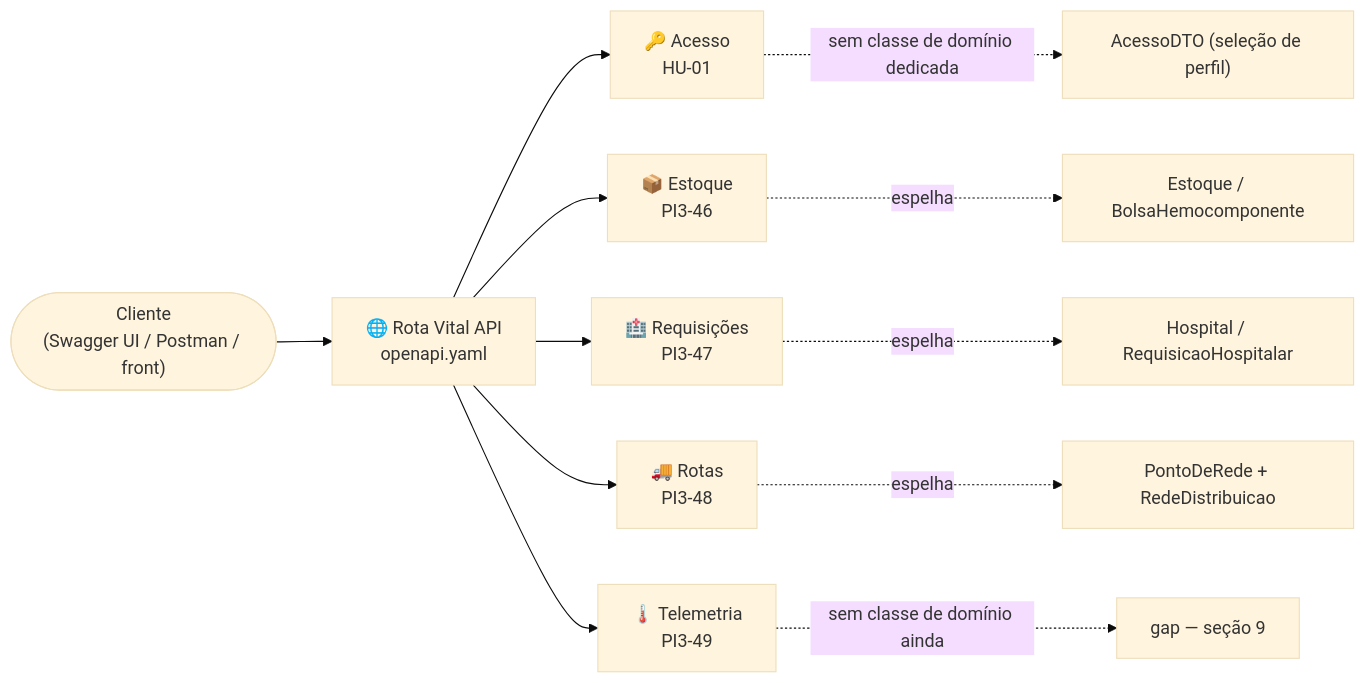
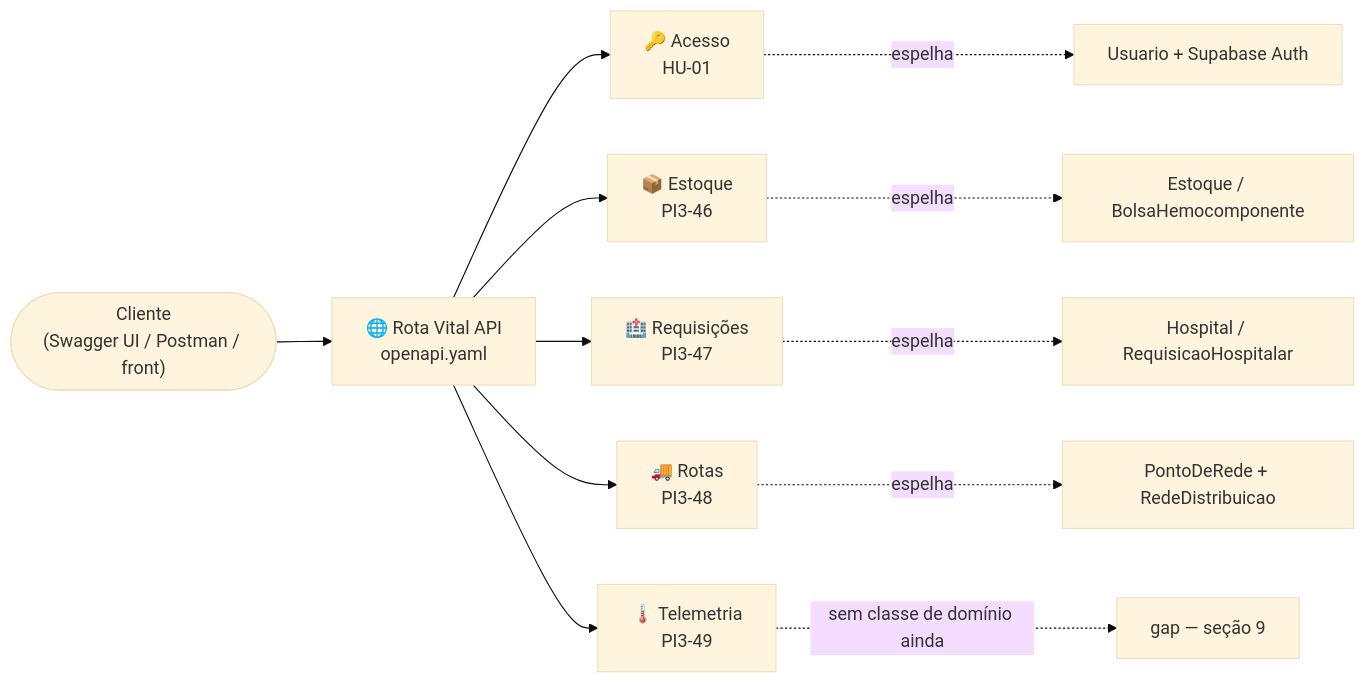
The first of 4 diagrams in docs/CONTRATOS_DE_API.md (viictorpaes/Rotavital), drawn with Mermaid (base theme) before and after one commit. The commit also changed other lines of this file and 28 other files, not shown here.

First line of the commit message:
feat(PI3-183): valida e-mail e senha no Supabase Auth e devolve o perfil

````diff
--- a/docs/CONTRATOS_DE_API.md
+++ b/docs/CONTRATOS_DE_API.md
@@ -44,16 +44,16 @@
 ```mermaid
 flowchart LR
     C(["Cliente<br/>(Swagger UI / Postman / front)"]) --> API["🌐 Rota Vital API<br/>openapi.yaml"]
 
     API --> M0["🔑 Acesso<br/>HU-01"]
     API --> M1["📦 Estoque<br/>PI3-46"]
     API --> M2["🏥 Requisições<br/>PI3-47"]
     API --> M3["🚚 Rotas<br/>PI3-48"]
     API --> M4["🌡️ Telemetria<br/>PI3-49"]
 
-    M0 -. "sem classe de domínio dedicada" .-> D0["AcessoDTO (seleção de perfil)"]
+    M0 -. "espelha" .-> D0["Usuario + Supabase Auth"]
     M1 -. "espelha" .-> D1["Estoque / BolsaHemocomponente"]
     M2 -. "espelha" .-> D2["Hospital / RequisicaoHospitalar"]
     M3 -. "espelha" .-> D3["PontoDeRede + RedeDistribuicao"]
     M4 -. "sem classe de domínio ainda" .-> D4["gap — seção 9"]
 ```
````
